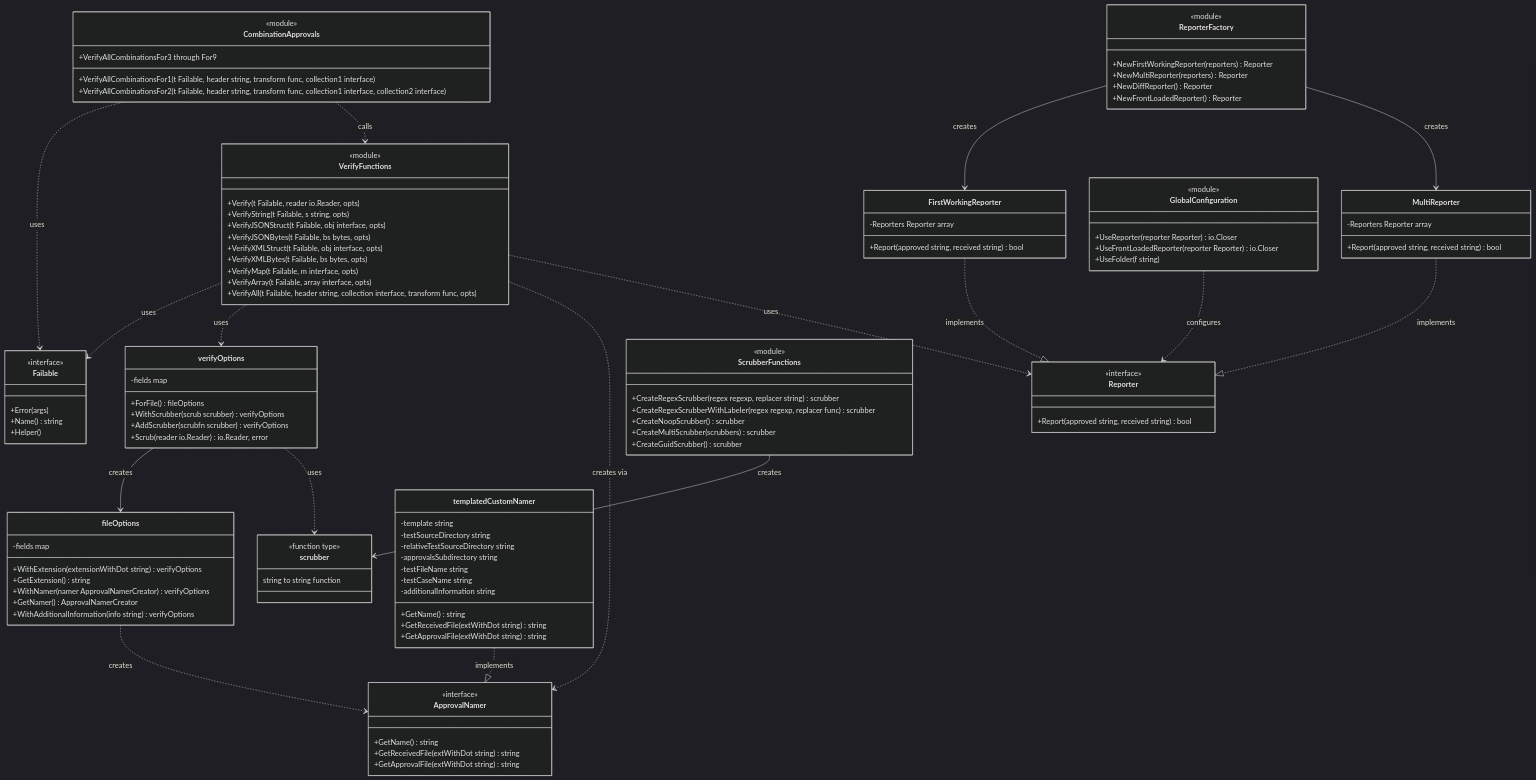
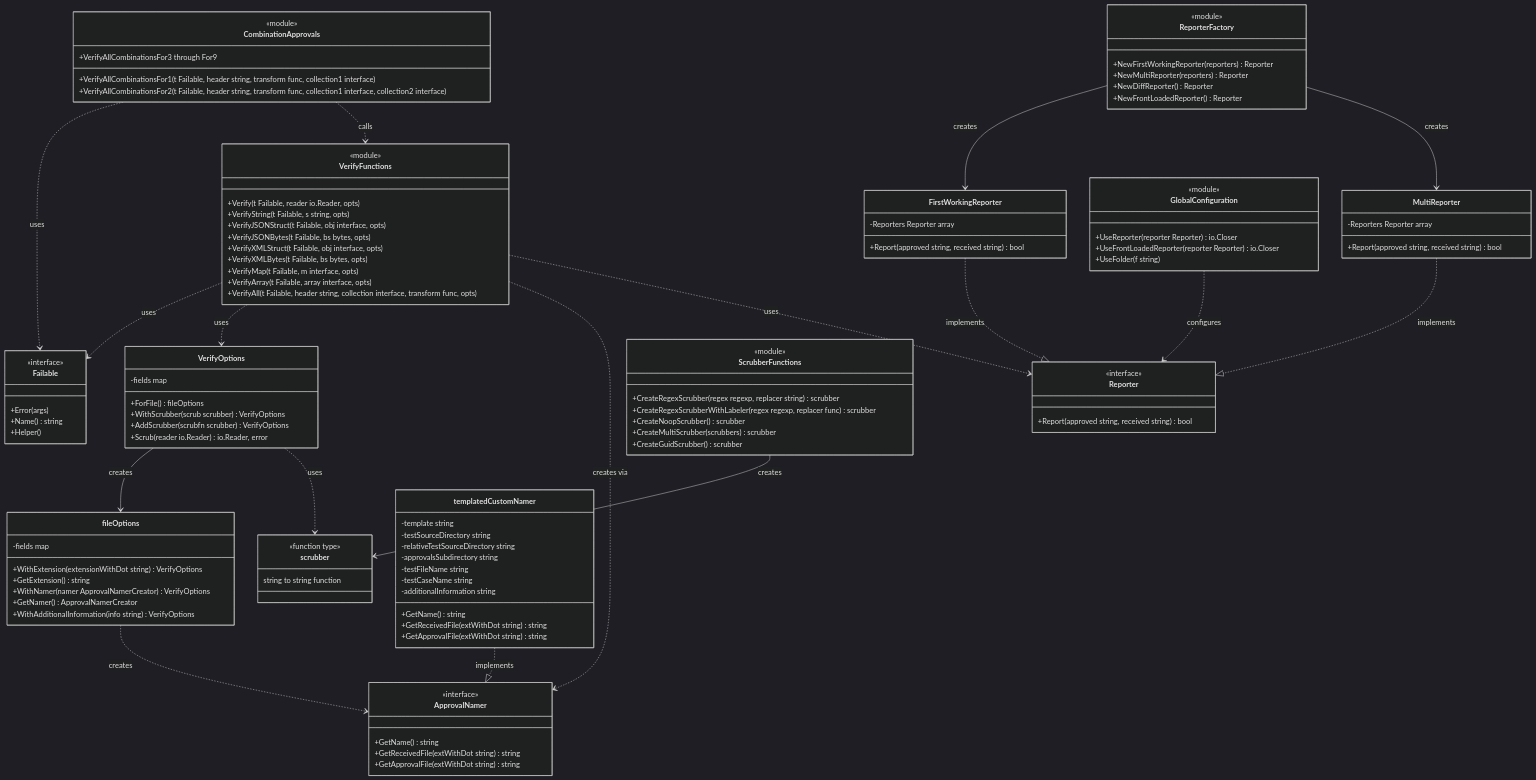
The diagram in internal_documentation/architecture.go.md (approvals/go-approval-tests), drawn with Mermaid (dark theme) before and after one commit. The commit also changed other lines of this file and 3 other files, not shown here.

Commit message:
- B Made VerifyOptions public. Closes #72

```diff
--- a/internal_documentation/architecture.go.md
+++ b/internal_documentation/architecture.go.md
@@ -27,21 +27,21 @@
         +Report(approved string, received string) bool
     }
 
-    class verifyOptions {
+    class VerifyOptions {
         -fields map
         +ForFile() fileOptions
-        +WithScrubber(scrub scrubber) verifyOptions
-        +AddScrubber(scrubfn scrubber) verifyOptions
+        +WithScrubber(scrub scrubber) VerifyOptions
+        +AddScrubber(scrubfn scrubber) VerifyOptions
         +Scrub(reader io.Reader) io.Reader, error
     }
 
     class fileOptions {
         -fields map
-        +WithExtension(extensionWithDot string) verifyOptions
+        +WithExtension(extensionWithDot string) VerifyOptions
         +GetExtension() string
-        +WithNamer(namer ApprovalNamerCreator) verifyOptions
+        +WithNamer(namer ApprovalNamerCreator) VerifyOptions
         +GetNamer() ApprovalNamerCreator
-        +WithAdditionalInformation(info string) verifyOptions
+        +WithAdditionalInformation(info string) VerifyOptions
     }
 
     class scrubber {
@@ -118,15 +118,15 @@
 
     %% Relationships
     VerifyFunctions ..> Failable : uses
-    VerifyFunctions ..> verifyOptions : uses
+    VerifyFunctions ..> VerifyOptions : uses
     VerifyFunctions ..> ApprovalNamer : creates via
     VerifyFunctions ..> Reporter : uses
 
     CombinationApprovals ..> Failable : uses
     CombinationApprovals ..> VerifyFunctions : calls
 
-    verifyOptions --> fileOptions : creates
-    verifyOptions ..> scrubber : uses
+    VerifyOptions --> fileOptions : creates
+    VerifyOptions ..> scrubber : uses
     fileOptions ..> ApprovalNamer : creates
 
     FirstWorkingReporter ..|> Reporter : implements
```
